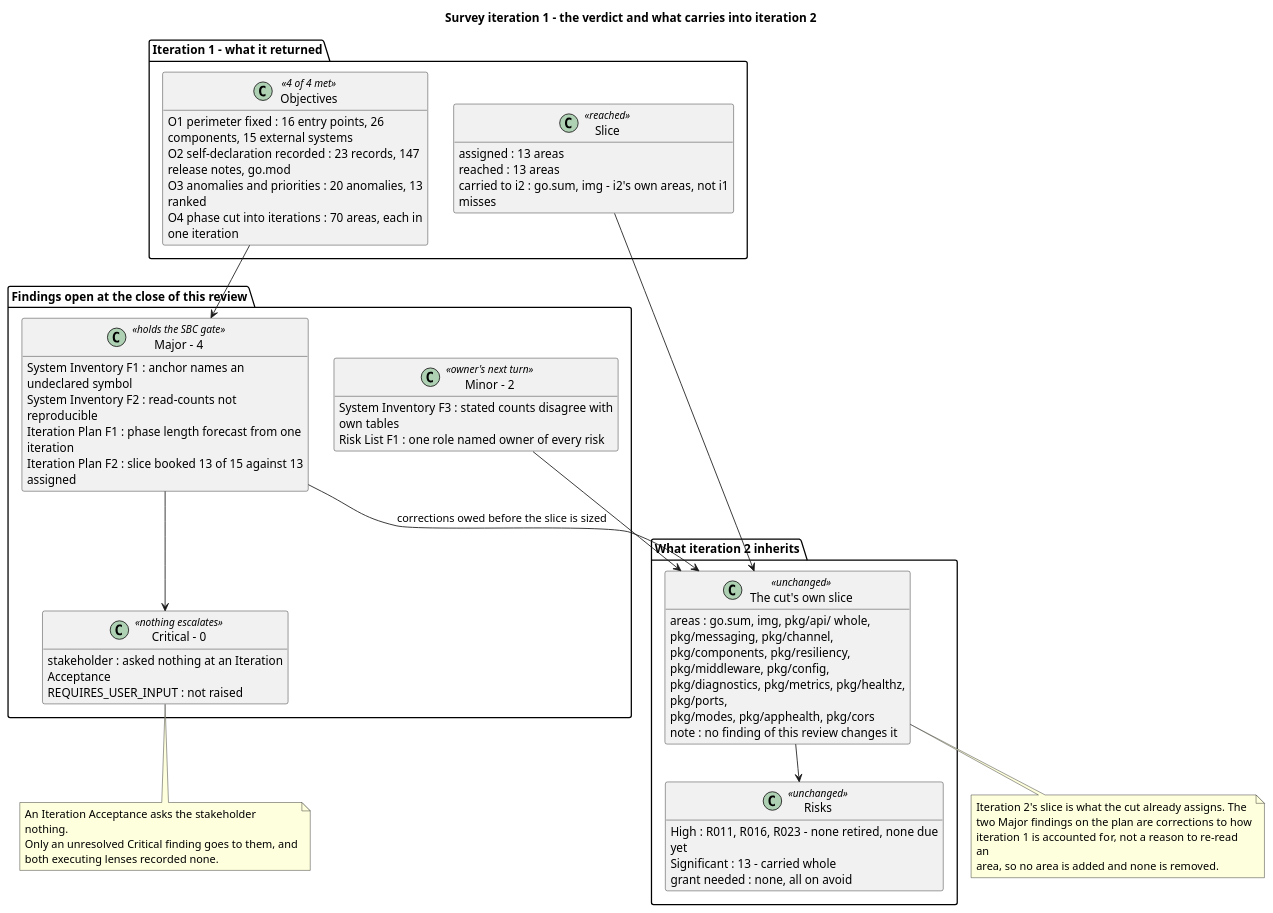
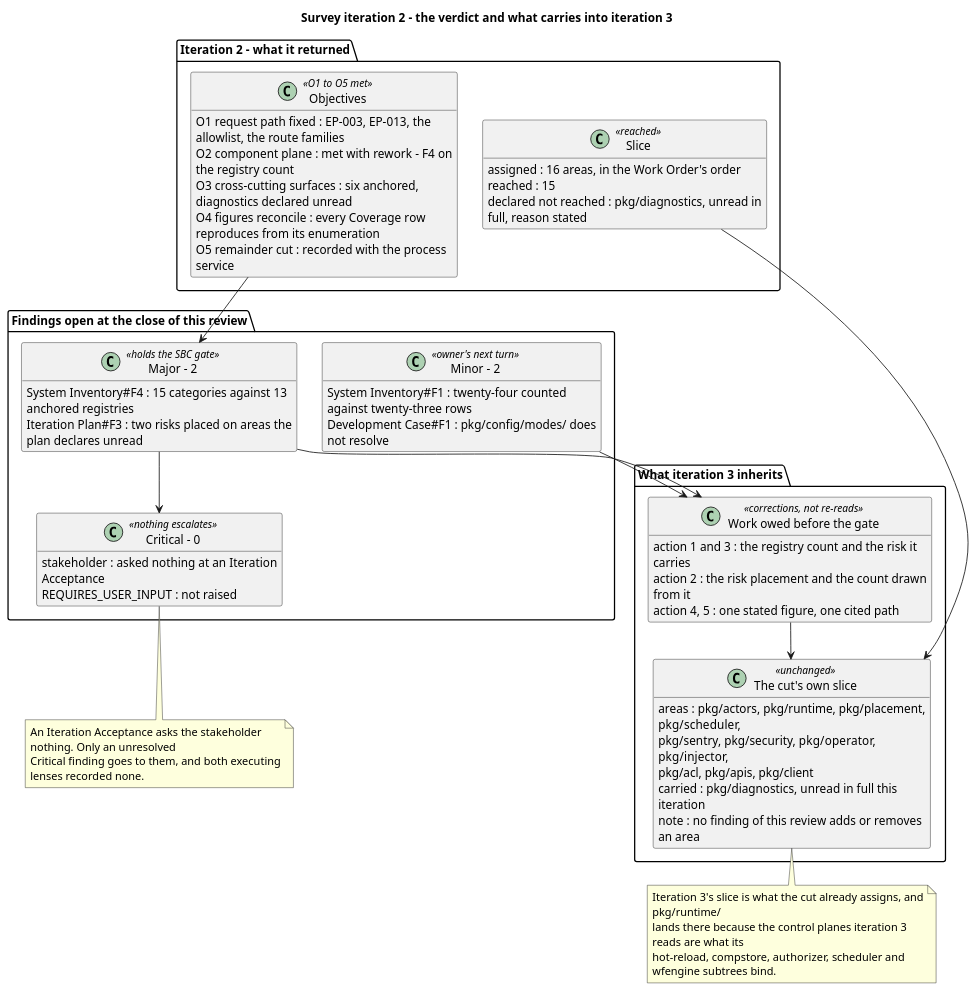
One commit to banense-test/dapr changed diagram 12 of 12 in docs/artifacts/project-management/review-record.md. Above: the diagram before and after it, drawn with PlantUML. The commit also changed other lines of this file, not shown here.

First line of the commit message:
Review Coordinator [Survey2]: upsert Review Record

````diff
--- a/docs/artifacts/project-management/review-record.md
+++ b/docs/artifacts/project-management/review-record.md
@@ -1291,75 +1291,72 @@
 ```plantuml
 @startuml
-title Survey iteration 1 - the verdict and what carries into iteration 2
+title Survey iteration 2 - the verdict and what carries into iteration 3
 hide empty members
 skinparam classAttributeIconSize 0
 skinparam wrapWidth 330
 skinparam nodesep 30
 skinparam ranksep 44
 
-package "Iteration 1 - what it returned" {
-  class "Objectives" as OBJ <<4 of 4 met>> {
-    O1 perimeter fixed : 16 entry points, 26 components, 15 external systems
-    O2 self-declaration recorded : 23 records, 147 release notes, go.mod
-    O3 anomalies and priorities : 20 anomalies, 13 ranked
-    O4 phase cut into iterations : 70 areas, each in one iteration
+package "Iteration 2 - what it returned" {
+  class "Objectives" as OBJ <<O1 to O5 met>> {
+    O1 request path fixed : EP-003, EP-013, the allowlist, the route families
+    O2 component plane : met with rework - F4 on the registry count
+    O3 cross-cutting surfaces : six anchored, diagnostics declared unread
+    O4 figures reconcile : every Coverage row reproduces from its enumeration
+    O5 remainder cut : recorded with the process service
   }
   class "Slice" as SL <<reached>> {
-    assigned : 13 areas
-    reached : 13 areas
-    carried to i2 : go.sum, img - i2's own areas, not i1 misses
+    assigned : 16 areas, in the Work Order's order
+    reached : 15
+    declared not reached : pkg/diagnostics, unread in full, reason stated
   }
 }
 
 package "Findings open at the close of this review" {
-  class "Major - 4" as MAJ <<holds the SBC gate>> {
-    System Inventory F1 : anchor names an undeclared symbol
-    System Inventory F2 : read-counts not reproducible
-    Iteration Plan F1 : phase length forecast from one iteration
-    Iteration Plan F2 : slice booked 13 of 15 against 13 assigned
+  class "Major - 2" as MAJ <<holds the SBC gate>> {
+    System Inventory#F4 : 15 categories against 13 anchored registries
+    Iteration Plan#F3 : two risks placed on areas the plan declares unread
   }
   class "Minor - 2" as MIN <<owner's next turn>> {
-    System Inventory F3 : stated counts disagree with own tables
-    Risk List F1 : one role named owner of every risk
+    System Inventory#F1 : twenty-four counted against twenty-three rows
+    Development Case#F1 : pkg/config/modes/ does not resolve
   }
   class "Critical - 0" as CRIT <<nothing escalates>> {
     stakeholder : asked nothing at an Iteration Acceptance
     REQUIRES_USER_INPUT : not raised
   }
 }
 
-package "What iteration 2 inherits" {
+package "What iteration 3 inherits" {
   class "The cut's own slice" as NEXT <<unchanged>> {
-    areas : go.sum, img, pkg/api/ whole, pkg/messaging, pkg/channel,
-            pkg/components, pkg/resiliency, pkg/middleware, pkg/config,
-            pkg/diagnostics, pkg/metrics, pkg/healthz, pkg/ports,
-            pkg/modes, pkg/apphealth, pkg/cors
-    note : no finding of this review changes it
+    areas : pkg/actors, pkg/runtime, pkg/placement, pkg/scheduler,
+            pkg/sentry, pkg/security, pkg/operator, pkg/injector,
+            pkg/acl, pkg/apis, pkg/client
+    carried : pkg/diagnostics, unread in full this iteration
+    note : no finding of this review adds or removes an area
   }
-  class "Risks" as RISK <<unchanged>> {
-    High : R011, R016, R023 - none retired, none due yet
-    Significant : 13 - carried whole
-    grant needed : none, all on avoid
+  class "Work owed before the gate" as WORK <<corrections, not re-reads>> {
+    action 1 and 3 : the registry count and the risk it carries
+    action 2 : the risk placement and the count drawn from it
+    action 4, 5 : one stated figure, one cited path
   }
 }
 
 OBJ --> MAJ
 SL --> NEXT
-MAJ --> NEXT : corrections owed before the slice is sized
+MAJ --> WORK
 MAJ --> CRIT
-MIN --> NEXT
-NEXT --> RISK
+MIN --> WORK
+WORK --> NEXT
 
 note bottom of CRIT
-  An Iteration Acceptance asks the stakeholder nothing.
-  Only an unresolved Critical finding goes to them, and
-  both executing lenses recorded none.
+  An Iteration Acceptance asks the stakeholder nothing. Only an unresolved
+  Critical finding goes to them, and both executing lenses recorded none.
 end note
 note bottom of NEXT
-  Iteration 2's slice is what the cut already assigns. The
-  two Major findings on the plan are corrections to how
-  iteration 1 is accounted for, not a reason to re-read an
-  area, so no area is added and none is removed.
+  Iteration 3's slice is what the cut already assigns, and pkg/runtime/
+  lands there because the control planes iteration 3 reads are what its
+  hot-reload, compstore, authorizer, scheduler and wfengine subtrees bind.
 end note
 @enduml
 ```
````
